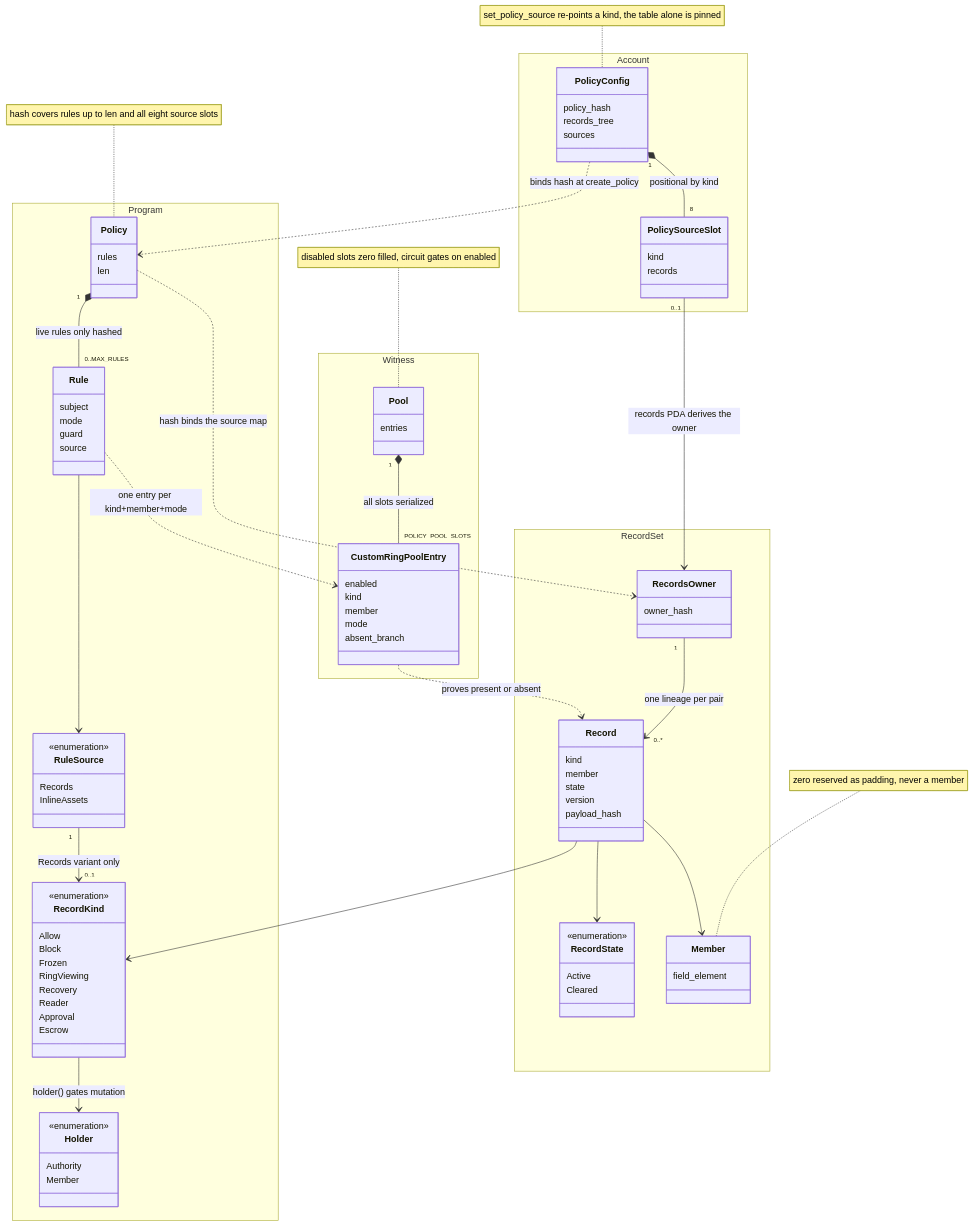
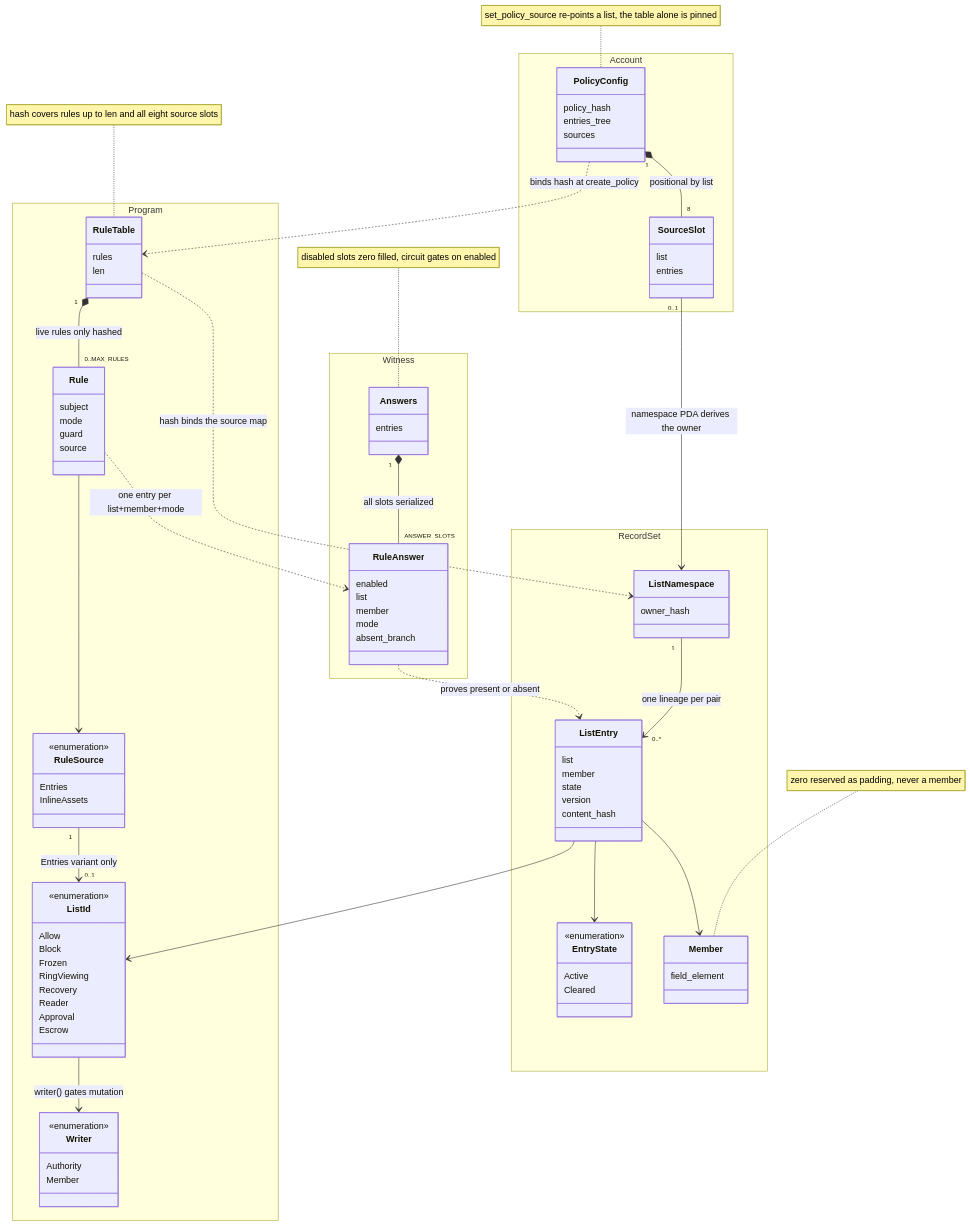
Before and after one commit to helius-labs/zolana: the diagram in docs/diagrams/ring-policy-classes.mmd, drawn with Mermaid. The commit also changed 101 other files, not shown here.

First line of the commit message:
custom-ring: rename the policy stack to the list vocabulary

```diff
--- a/docs/diagrams/ring-policy-classes.mmd
+++ b/docs/diagrams/ring-policy-classes.mmd
@@ -1,100 +1,100 @@
 classDiagram
     direction TB
 
     namespace Account {
         class PolicyConfig {
             policy_hash
-            records_tree
+            entries_tree
             sources
         }
-        class PolicySourceSlot {
-            kind
-            records
+        class SourceSlot {
+            list
+            entries
         }
     }
     namespace Program {
-        class Policy {
+        class RuleTable {
             rules
             len
         }
         class Rule {
             subject
             mode
             guard
             source
         }
         class RuleSource {
             <<enumeration>>
-            Records
+            Entries
             InlineAssets
         }
-        class RecordKind {
+        class ListId {
             <<enumeration>>
             Allow
             Block
             Frozen
             RingViewing
             Recovery
             Reader
             Approval
             Escrow
         }
-        class Holder {
+        class Writer {
             <<enumeration>>
             Authority
             Member
         }
     }
     namespace RecordSet {
-        class RecordsOwner {
+        class ListNamespace {
             owner_hash
         }
-        class Record {
-            kind
+        class ListEntry {
+            list
             member
             state
             version
-            payload_hash
+            content_hash
         }
-        class RecordState {
+        class EntryState {
             <<enumeration>>
             Active
             Cleared
         }
         class Member {
             field_element
         }
     }
     namespace Witness {
-        class Pool {
+        class Answers {
             entries
         }
-        class CustomRingPoolEntry {
+        class RuleAnswer {
             enabled
-            kind
+            list
             member
             mode
             absent_branch
         }
     }
 
-    PolicyConfig ..> Policy : binds hash at create_policy
-    PolicyConfig "1" *-- "8" PolicySourceSlot : positional by kind
-    PolicySourceSlot "0..1" --> RecordsOwner : records PDA derives the owner
-    Policy ..> RecordsOwner : hash binds the source map
-    Policy "1" *-- "0..MAX_RULES" Rule : live rules only hashed
+    PolicyConfig ..> RuleTable : binds hash at create_policy
+    PolicyConfig "1" *-- "8" SourceSlot : positional by list
+    SourceSlot "0..1" --> ListNamespace : namespace PDA derives the owner
+    RuleTable ..> ListNamespace : hash binds the source map
+    RuleTable "1" *-- "0..MAX_RULES" Rule : live rules only hashed
     Rule --> RuleSource
-    RuleSource "1" --> "0..1" RecordKind : Records variant only
-    RecordKind --> Holder : holder() gates mutation
-    Record --> RecordKind
-    Record --> Member
-    Record --> RecordState
-    RecordsOwner "1" --> "0..*" Record : one lineage per pair
-    Pool "1" *-- "POLICY_POOL_SLOTS" CustomRingPoolEntry : all slots serialized
-    Rule ..> CustomRingPoolEntry : one entry per kind+member+mode
-    CustomRingPoolEntry ..> Record : proves present or absent
+    RuleSource "1" --> "0..1" ListId : Entries variant only
+    ListId --> Writer : writer() gates mutation
+    ListEntry --> ListId
+    ListEntry --> Member
+    ListEntry --> EntryState
+    ListNamespace "1" --> "0..*" ListEntry : one lineage per pair
+    Answers "1" *-- "ANSWER_SLOTS" RuleAnswer : all slots serialized
+    Rule ..> RuleAnswer : one entry per list+member+mode
+    RuleAnswer ..> ListEntry : proves present or absent
 
-    note for Policy "hash covers rules up to len and all eight source slots"
-    note for Pool "disabled slots zero filled, circuit gates on enabled"
+    note for RuleTable "hash covers rules up to len and all eight source slots"
+    note for Answers "disabled slots zero filled, circuit gates on enabled"
     note for Member "zero reserved as padding, never a member"
-    note for PolicyConfig "set_policy_source re-points a kind, the table alone is pinned"
+    note for PolicyConfig "set_policy_source re-points a list, the table alone is pinned"
```
